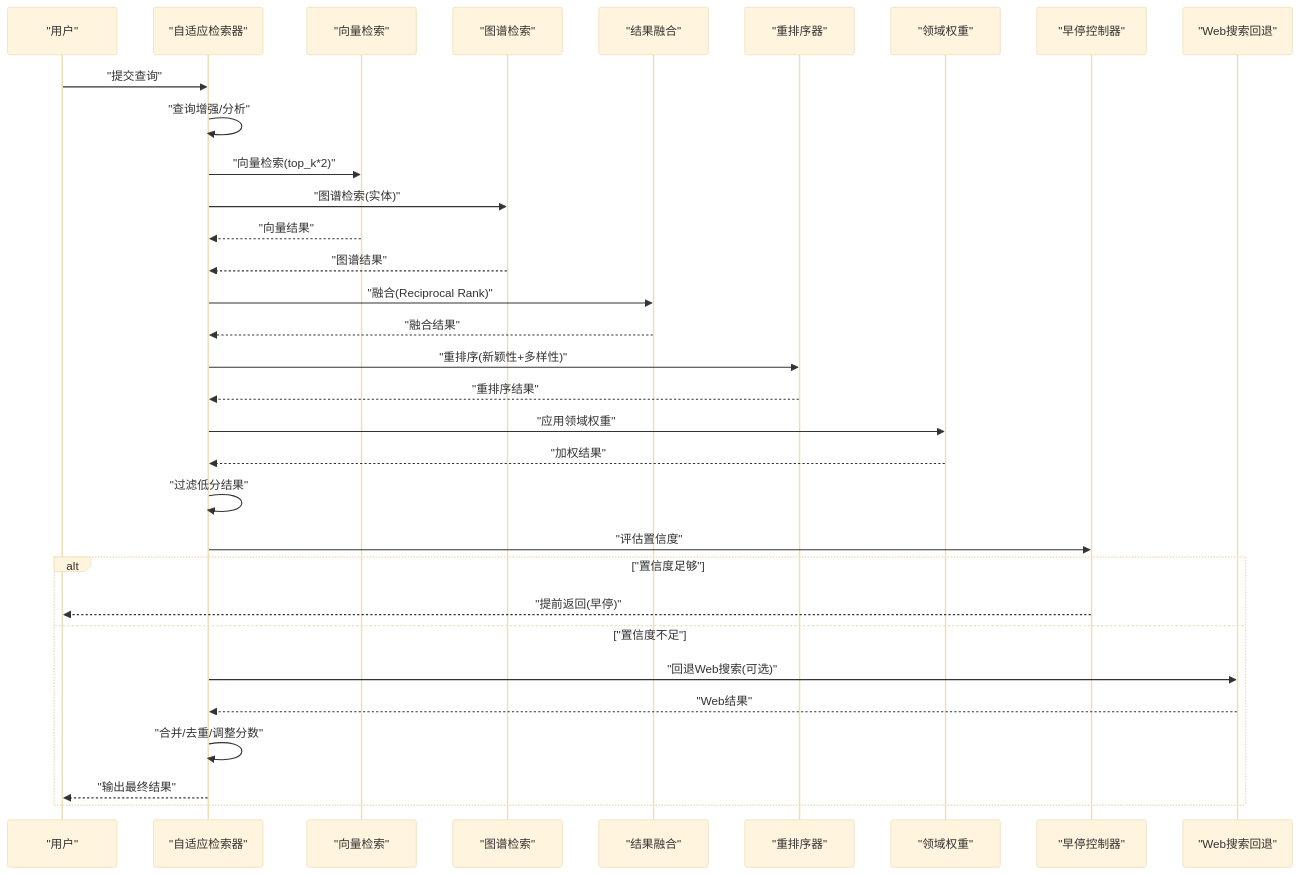
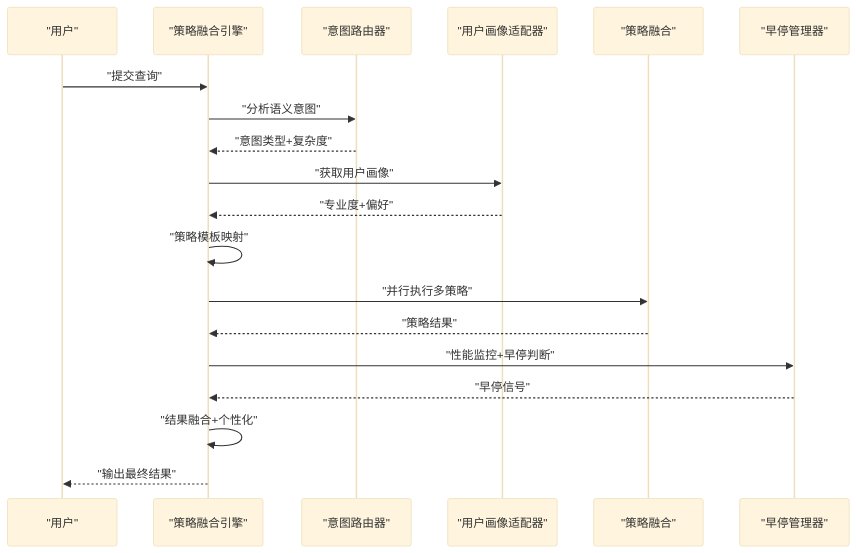
Before and after one commit to JieGaoPrinceton/NecoRAG: the second of 10 diagrams in .qoder/repowiki/zh/content/检索引擎模块/检索引擎模块.md, drawn with Mermaid (base theme). The commit also changed other lines of this file and 82 other files, not shown here.

````diff
--- a/.qoder/repowiki/zh/content/检索引擎模块/检索引擎模块.md
+++ b/.qoder/repowiki/zh/content/检索引擎模块/检索引擎模块.md
@@ -106,34 +133,21 @@
 ```mermaid
 sequenceDiagram
 participant U as "用户"
-participant AR as "自适应检索器"
-participant VR as "向量检索"
-participant GR as "图谱检索"
-participant FS as "结果融合"
-participant RR as "重排序器"
-participant DW as "领域权重"
-participant ET as "早停控制器"
-participant WS as "Web搜索回退"
-U->>AR : "提交查询"
-AR->>AR : "查询增强/分析"
-AR->>VR : "向量检索(top_k*2)"
-AR->>GR : "图谱检索(实体)"
-VR-->>AR : "向量结果"
-GR-->>AR : "图谱结果"
-AR->>FS : "融合(Reciprocal Rank)"
-FS-->>AR : "融合结果"
-AR->>RR : "重排序(新颖性+多样性)"
-RR-->>AR : "重排序结果"
-AR->>DW : "应用领域权重"
-DW-->>AR : "加权结果"
-AR->>AR : "过滤低分结果"
-AR->>ET : "评估置信度"
-alt "置信度足够"
-ET-->>U : "提前返回(早停)"
-else "置信度不足"
-AR->>WS : "回退Web搜索(可选)"
-WS-->>AR : "Web结果"
-AR->>AR : "合并/去重/调整分数"
-AR-->>U : "输出最终结果"
-end
+participant SFE as "策略融合引擎"
+participant IR as "意图路由器"
+participant UA as "用户画像适配器"
+participant CF as "策略融合"
+participant ES as "早停管理器"
+U->>SFE : "提交查询"
+SFE->>IR : "分析语义意图"
+IR-->>SFE : "意图类型+复杂度"
+SFE->>UA : "获取用户画像"
+UA-->>SFE : "专业度+偏好"
+SFE->>SFE : "策略模板映射"
+SFE->>CF : "并行执行多策略"
+CF-->>SFE : "策略结果"
+SFE->>ES : "性能监控+早停判断"
+ES-->>SFE : "早停信号"
+SFE->>SFE : "结果融合+个性化"
+SFE-->>U : "输出最终结果"
 ```
````
